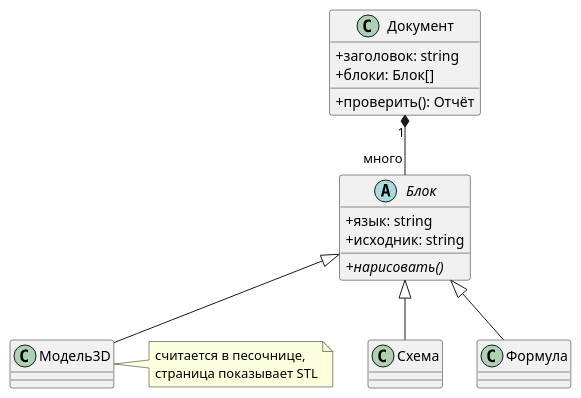
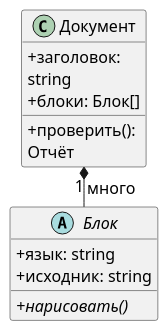
The ninth of 16 diagrams in examples/documents/28-plantuml.md (kscht/spiridus-docs), drawn with PlantUML before and after one commit. The commit also changed other lines of this file and 56 other files, not shown here.

````diff
--- a/examples/documents/28-plantuml.md
+++ b/examples/documents/28-plantuml.md
@@ -103,22 +187,23 @@
 ```plantuml
-' result: artifact:ed4b5e72ec91ec6d/diagram.svg
+' result: artifact:49c5d1dc9f8b4831/diagram.svg
 ' build: plantuml-1.2026.9-asl
 @startuml
+skinparam defaultFontSize 16
+skinparam wrapWidth 140
+skinparam maxMessageSize 100
+skinparam nodesep 25
+skinparam ranksep 40
 skinparam classAttributeIconSize 0
 class Документ {
   +заголовок: string
   +блоки: Блок[]
   +проверить(): Отчёт
 }
 abstract class Блок {
   +язык: string
   +исходник: string
   {abstract} +нарисовать()
 }
-class Схема extends Блок
-class Формула extends Блок
-class Модель3D extends Блок
-Документ "1" *-- "много" Блок
-note right of Модель3D : считается в песочнице,\nстраница показывает STL
+Документ "1" *-down- "много" Блок
 @enduml
 ```
````
